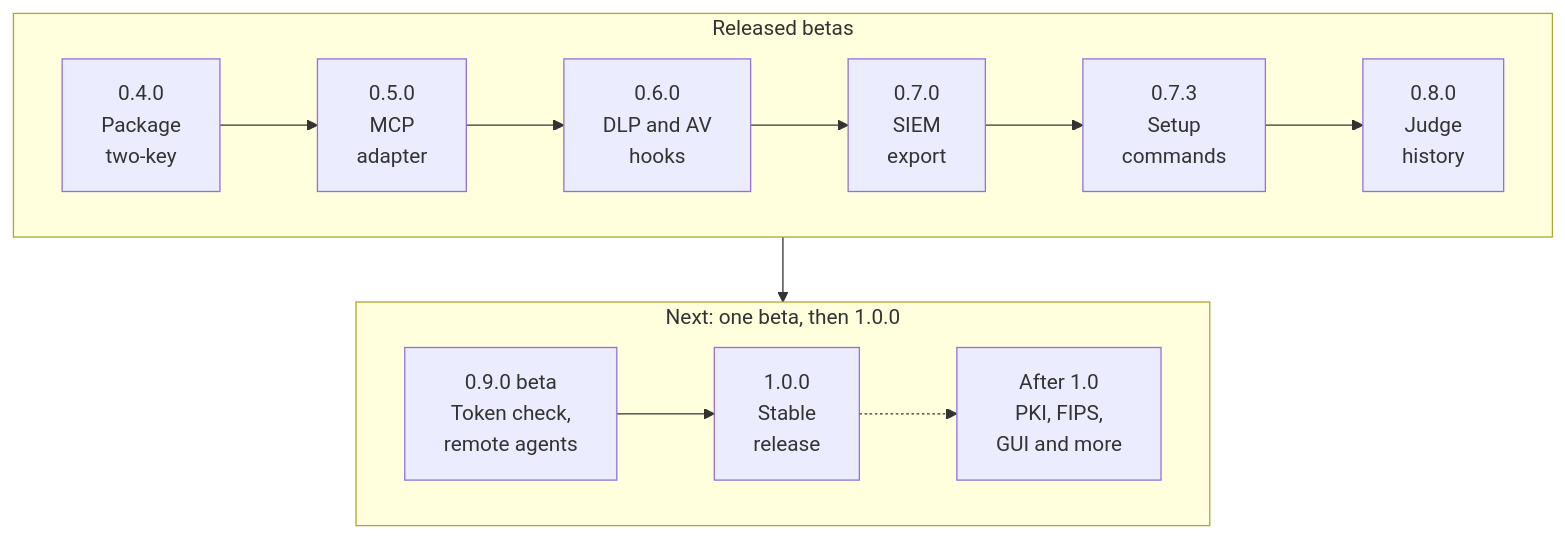
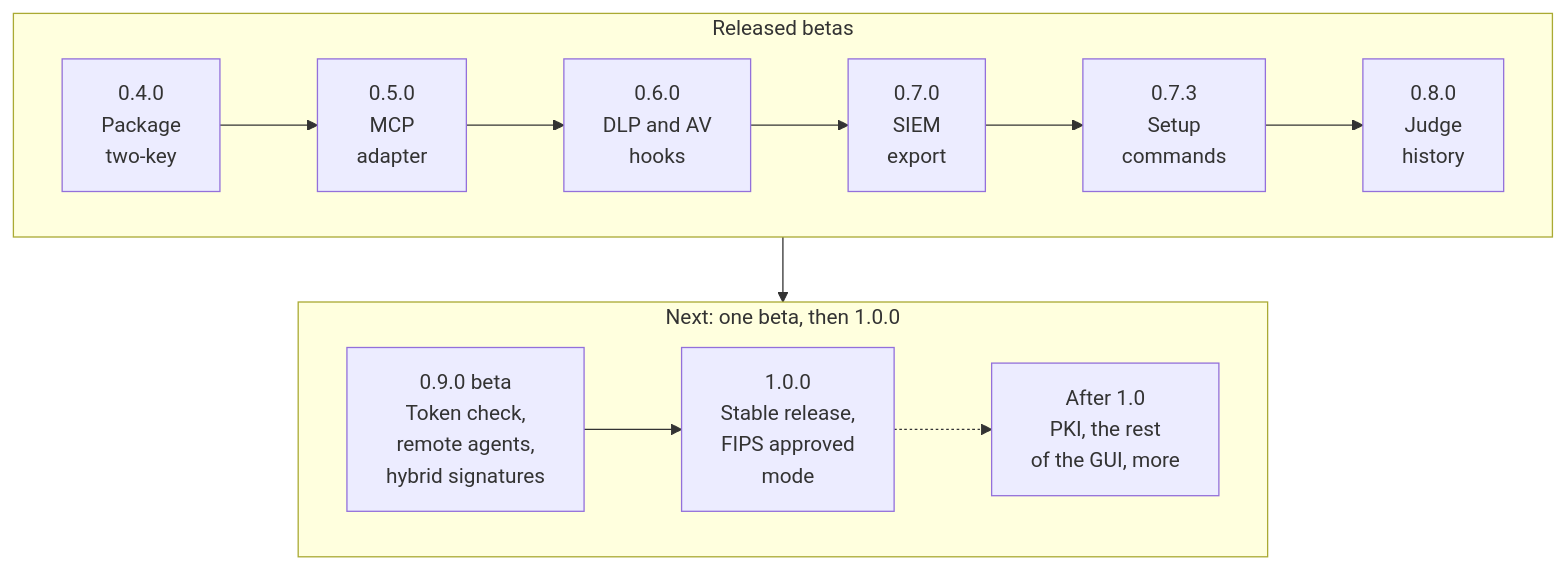
The diagram in ROADMAP.md (Insomniac-VibeLabs/two-key), drawn with Mermaid before and after one commit. The commit also changed other lines of this file and 8 other files, not shown here.

````diff
--- a/ROADMAP.md
+++ b/ROADMAP.md
@@ -42,12 +42,12 @@
 ```mermaid
 flowchart TD
   subgraph done["Released betas"]
     direction LR
     r04["0.4.0<br/>Package<br/>two-key"] --> r05["0.5.0<br/>MCP<br/>adapter"] --> r06["0.6.0<br/>DLP and AV<br/>hooks"] --> r07["0.7.0<br/>SIEM<br/>export"] --> r073["0.7.3<br/>Setup<br/>commands"] --> r08["0.8.0<br/>Judge<br/>history"]
   end
   subgraph next["Next: one beta, then 1.0.0"]
     direction LR
-    r09["0.9.0 beta<br/>Token check,<br/>remote agents"] --> r10["1.0.0<br/>Stable<br/>release"] -.-> after["After 1.0<br/>PKI, FIPS,<br/>GUI and more"]
+    r09["0.9.0 beta<br/>Token check,<br/>remote agents,<br/>hybrid signatures"] --> r10["1.0.0<br/>Stable release,<br/>FIPS approved<br/>mode"] -.-> after["After 1.0<br/>PKI, the rest<br/>of the GUI, more"]
   end
   done --> next
 ```
````
